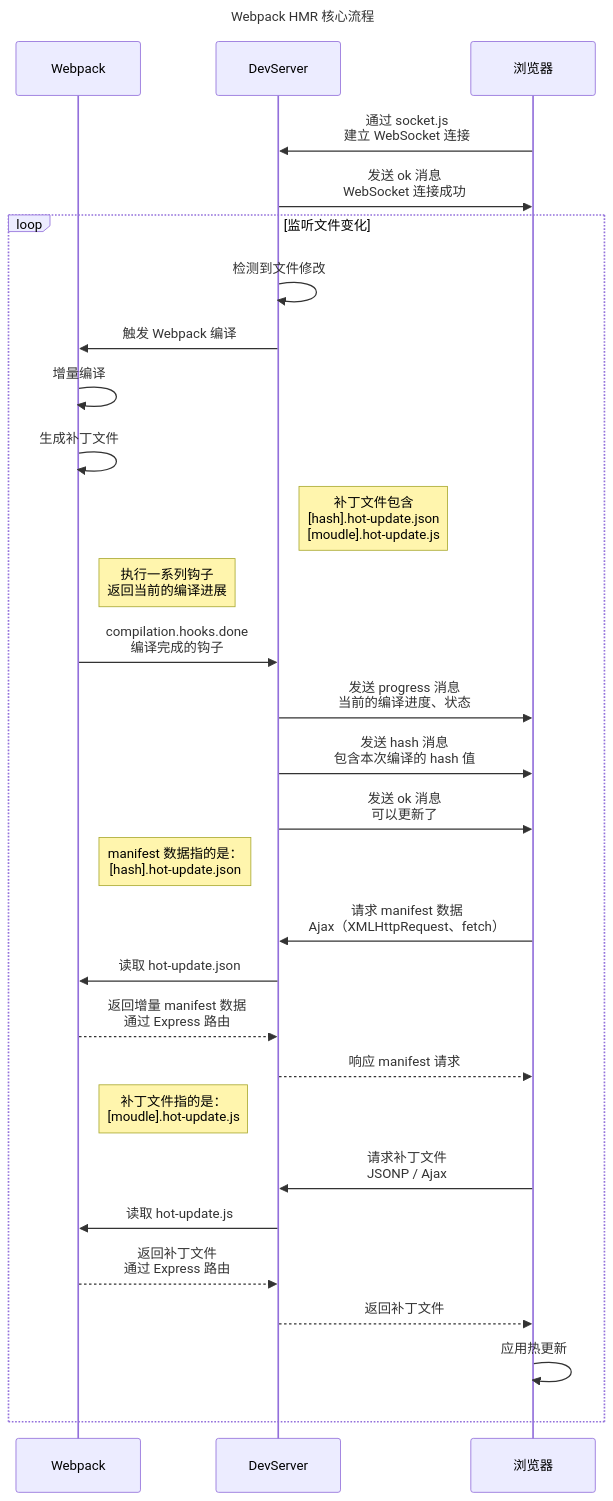
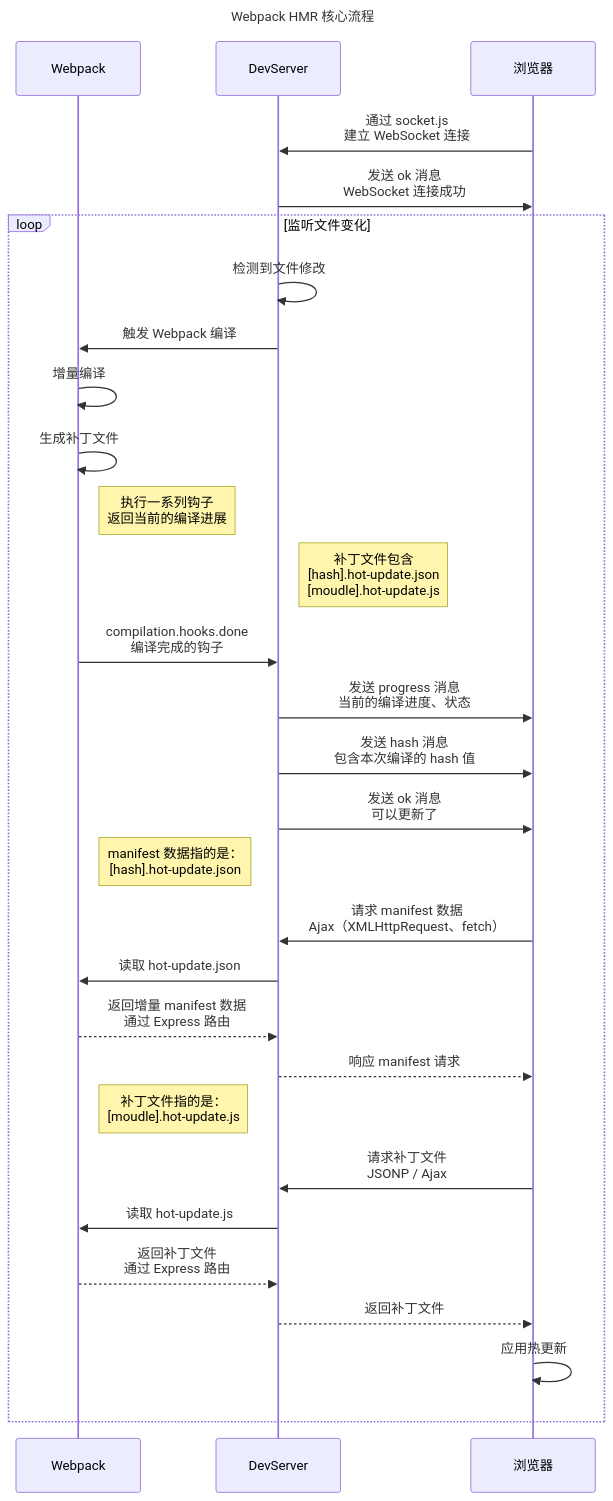
One commit to ykshang/MyBlog changed the first of 2 diagrams in docs/notes/Webpack/4.核心原理/2.HMR 流程.md. Above: the diagram before and after it, drawn with Mermaid. The commit also changed other lines of this file and 6 other files, not shown here.

````diff
--- a/docs/notes/Webpack/4.核心原理/2.HMR 流程.md
+++ b/docs/notes/Webpack/4.核心原理/2.HMR 流程.md
@@ -25,33 +25,33 @@
 ```mermaid
 sequenceDiagram
     title: Webpack HMR 核心流程
     participant Webpack
     participant DevServer
     participant 浏览器
 
     浏览器->>DevServer: 通过 socket.js <br> 建立 WebSocket 连接
     DevServer->>浏览器: 发送 ok 消息 <br> WebSocket 连接成功
     loop 监听文件变化
         DevServer->>DevServer: 检测到文件修改
         DevServer->>Webpack: 触发 Webpack 编译
         Webpack->>Webpack: 增量编译
         Webpack->>Webpack: 生成补丁文件
+        Note right of Webpack: 执行一系列钩子 <br/> 返回当前的编译进展
         Note right of DevServer: 补丁文件包含<br/>[hash].hot-update.json<br/>[moudle].hot-update.js
-        Note right of Webpack: 执行一系列钩子 <br/> 返回当前的编译进展
         Webpack->>DevServer: compilation.hooks.done <br/> 编译完成的钩子
         DevServer->>浏览器: 发送 progress 消息 <br/> 当前的编译进度、状态
         DevServer->>浏览器: 发送 hash 消息 <br/> 包含本次编译的 hash 值
         DevServer->>浏览器: 发送 ok 消息 <br/> 可以更新了
         Note right of Webpack: manifest 数据指的是：<br/>[hash].hot-update.json
         浏览器->>DevServer: 请求 manifest 数据 <br/> Ajax（XMLHttpRequest、fetch）
         DevServer->>Webpack: 读取 hot-update.json
         Webpack-->>DevServer: 返回增量 manifest 数据 <br/> 通过 Express 路由
         DevServer-->>浏览器: 响应 manifest 请求
         Note right of Webpack: 补丁文件指的是：<br/>[moudle].hot-update.js
         浏览器 ->> DevServer: 请求补丁文件 <br/>  JSONP / Ajax
         DevServer->>Webpack: 读取 hot-update.js
         Webpack-->>DevServer: 返回补丁文件 <br/> 通过 Express 路由
         DevServer-->> 浏览器: 返回补丁文件
         浏览器->>浏览器: 应用热更新
     end
 ```
````
